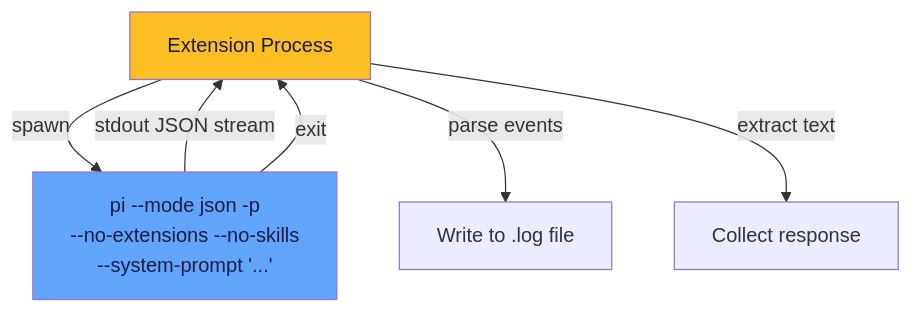
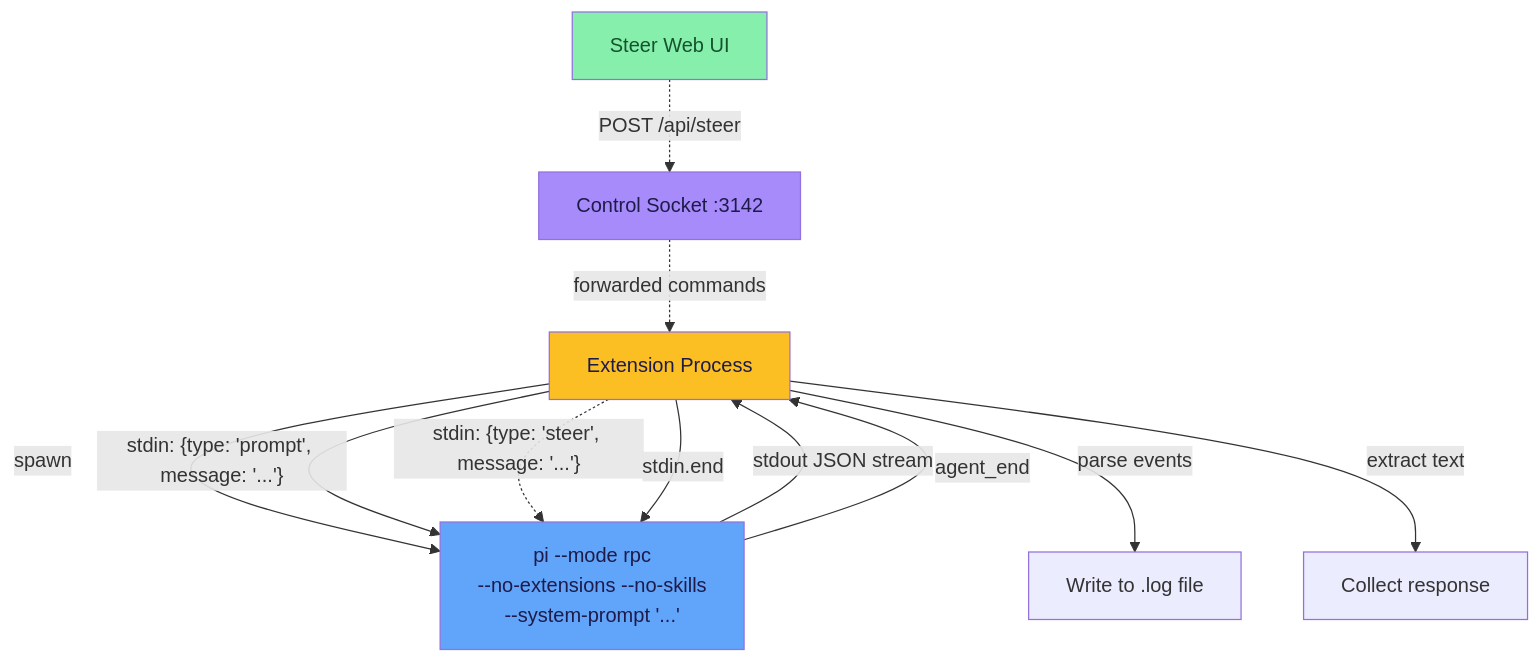
The second of 9 diagrams in README.md (Holovkat/pi-extensions), drawn with Mermaid before and after one commit. The commit also changed other lines of this file and 1 other file, not shown here.

````diff
--- a/README.md
+++ b/README.md
@@ -58,11 +58,19 @@
 ```mermaid
 graph TD
-    EXT[Extension Process] -->|spawn| SUB["pi --mode json -p<br/>--no-extensions --no-skills<br/>--system-prompt '...'"]
+    EXT[Extension Process] -->|spawn| SUB["pi --mode rpc<br/>--no-extensions --no-skills<br/>--system-prompt '...'"]
+    EXT -->|"stdin: {type: 'prompt', message: '...'}"| SUB
     SUB -->|stdout JSON stream| EXT
     EXT -->|parse events| LOG[Write to .log file]
     EXT -->|extract text| RES[Collect response]
-    SUB -->|exit| EXT
+    EXT -.->|"stdin: {type: 'steer', message: '...'}"| SUB
+    SUB -->|agent_end| EXT
+    EXT -->|stdin.end| SUB
+
+    CTL[Control Socket :3142] -.->|forwarded commands| EXT
+    WEB[Steer Web UI] -.->|POST /api/steer| CTL
 
     style EXT fill:#fbbf24,color:#1e1b4b
     style SUB fill:#60a5fa,color:#1e1b4b
+    style CTL fill:#a78bfa,color:#1e1b4b
+    style WEB fill:#86efac,color:#14532d
 ```
````
